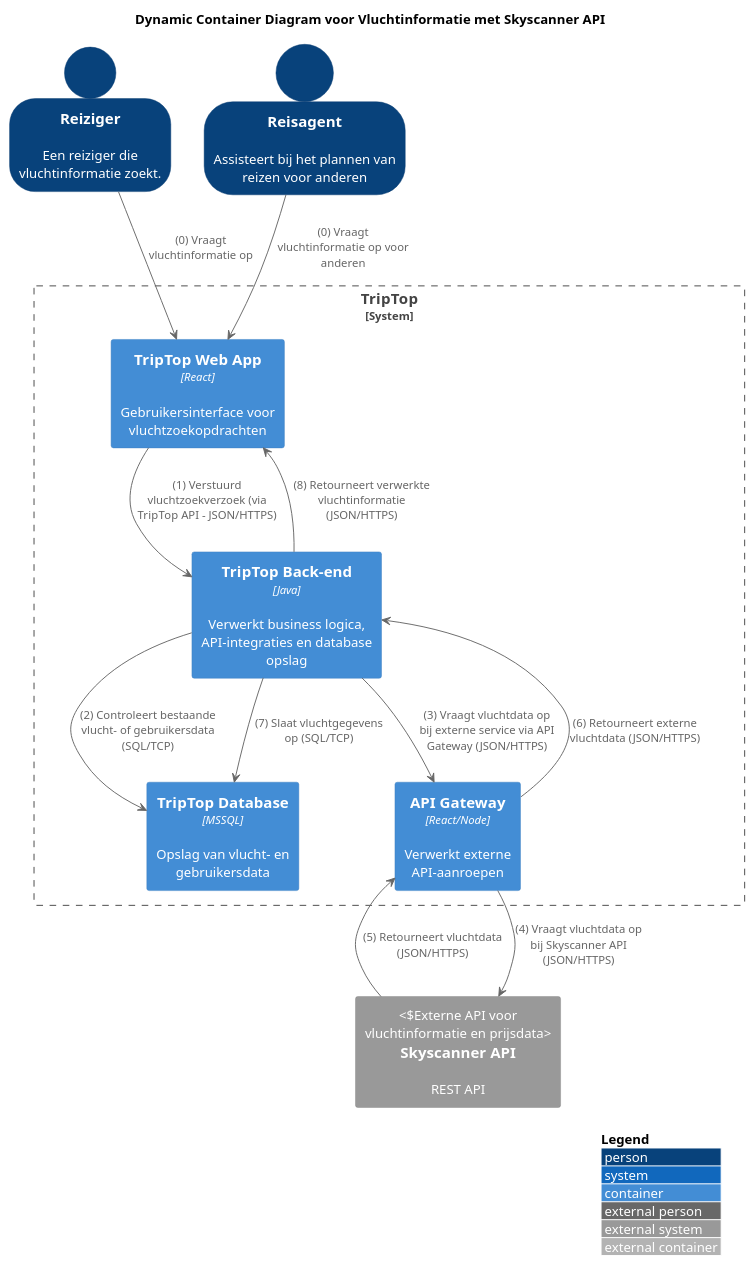
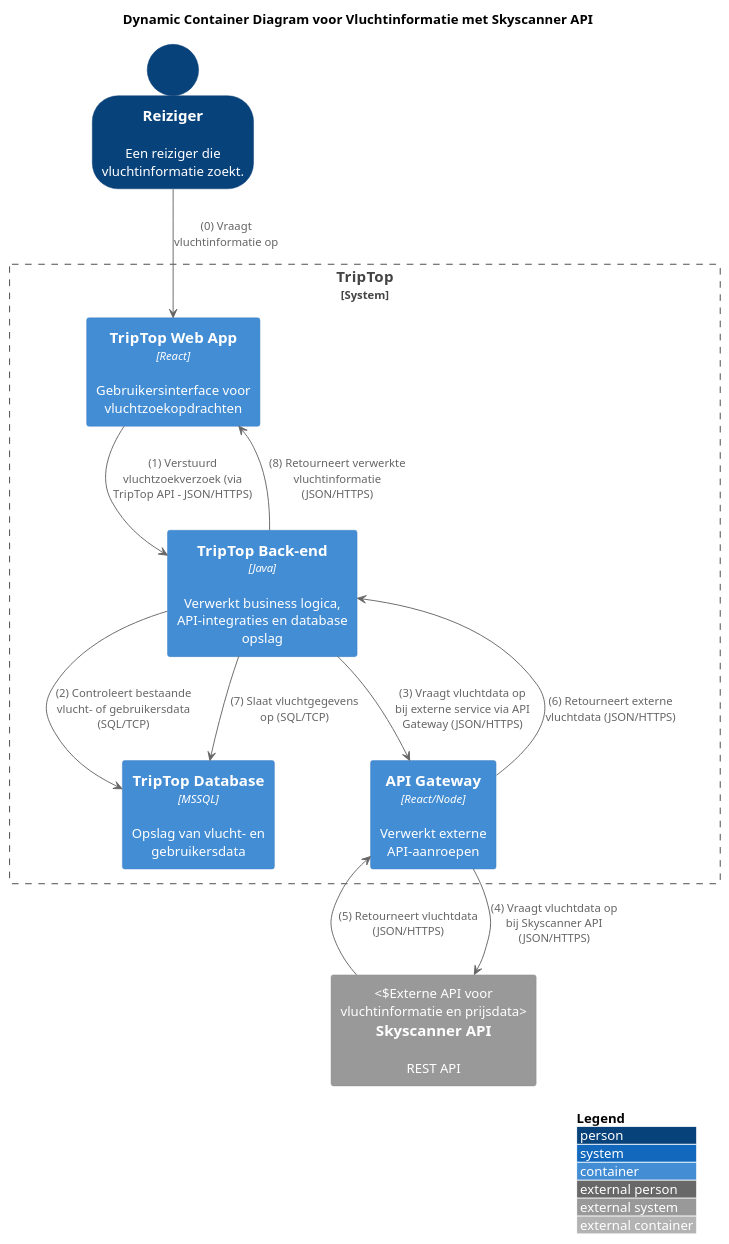
The diagram in opdracht-diagrammen/V1-dynamicContainerSkyScannerApi.plantuml (AIM-ENE-feb25/triptop-jrn), drawn with PlantUML before and after one commit. The commit also changed 13 other files, not shown here.

```diff
--- a/opdracht-diagrammen/V1-dynamicContainerSkyScannerApi.plantuml
+++ b/opdracht-diagrammen/V1-dynamicContainerSkyScannerApi.plantuml
@@ -1,38 +1,35 @@
 @startuml
 !include https://raw.githubusercontent.com/plantuml-stdlib/C4-PlantUML/master/C4_Context.puml
 !include <C4/C4_Container>
 
 title Dynamic Container Diagram voor Vluchtinformatie met Skyscanner API
 
 LAYOUT_WITH_LEGEND()
 SHOW_PERSON_OUTLINE()
 
 ' Personen bovenaan
 Person(Reiziger, "Reiziger", "Een reiziger die vluchtinformatie zoekt.")
-Person(Reisagent, "Reisagent", "Assisteert bij het plannen van reizen voor anderen")
 
 ' TripTop system boundary in het midden
 System_Boundary(triptop_core, "TripTop") {
     Container(ui, "TripTop Web App", "React", "Gebruikersinterface voor vluchtzoekopdrachten")
     Container(backend, "TripTop Back-end", "Java", "Verwerkt business logica, API-integraties en database opslag")
     Container(db, "TripTop Database", "MSSQL", "Opslag van vlucht- en gebruikersdata")
     Container(gateway, "API Gateway", "React/Node", "Verwerkt externe API-aanroepen")
 }
 
 ' Externe systemen onderaan
 System_Ext(skyscanner, "Skyscanner API", "REST API", "Externe API voor vluchtinformatie en prijsdata")
 
 ' Dynamische interacties met genummerde stappen
 Reiziger --> ui : (0) Vraagt vluchtinformatie op
-Reisagent --> ui : (0) Vraagt vluchtinformatie op voor anderen
-
 ui --> backend : (1) Verstuurd vluchtzoekverzoek (via TripTop API - JSON/HTTPS)
 backend --> db : (2) Controleert bestaande vlucht- of gebruikersdata (SQL/TCP)
 backend --> gateway : (3) Vraagt vluchtdata op bij externe service via API Gateway (JSON/HTTPS)
 gateway --> skyscanner : (4) Vraagt vluchtdata op bij Skyscanner API (JSON/HTTPS)
 skyscanner --> gateway : (5) Retourneert vluchtdata (JSON/HTTPS)
 gateway --> backend : (6) Retourneert externe vluchtdata (JSON/HTTPS)
 backend --> db : (7) Slaat vluchtgegevens op (SQL/TCP)
 backend --> ui : (8) Retourneert verwerkte vluchtinformatie (JSON/HTTPS)
 
 @enduml
```
